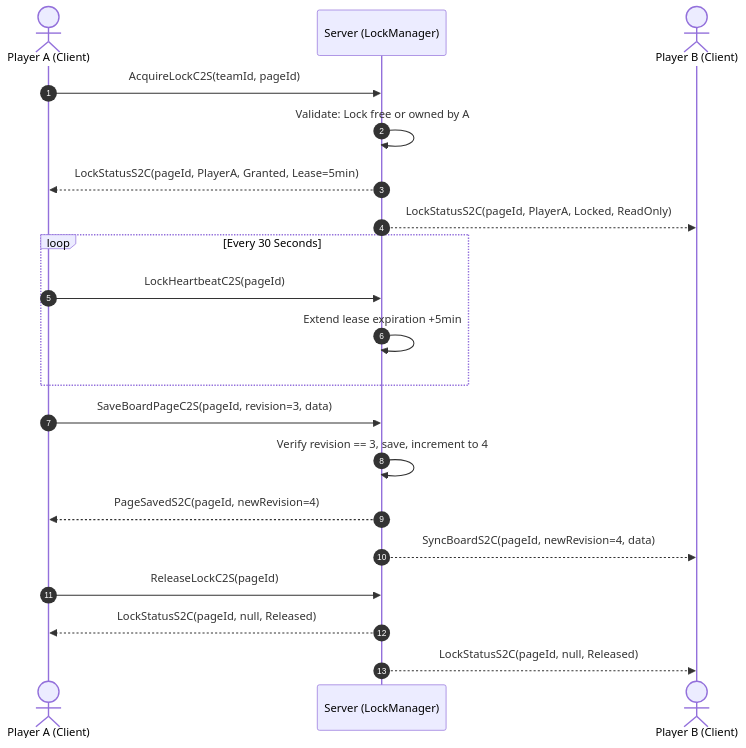
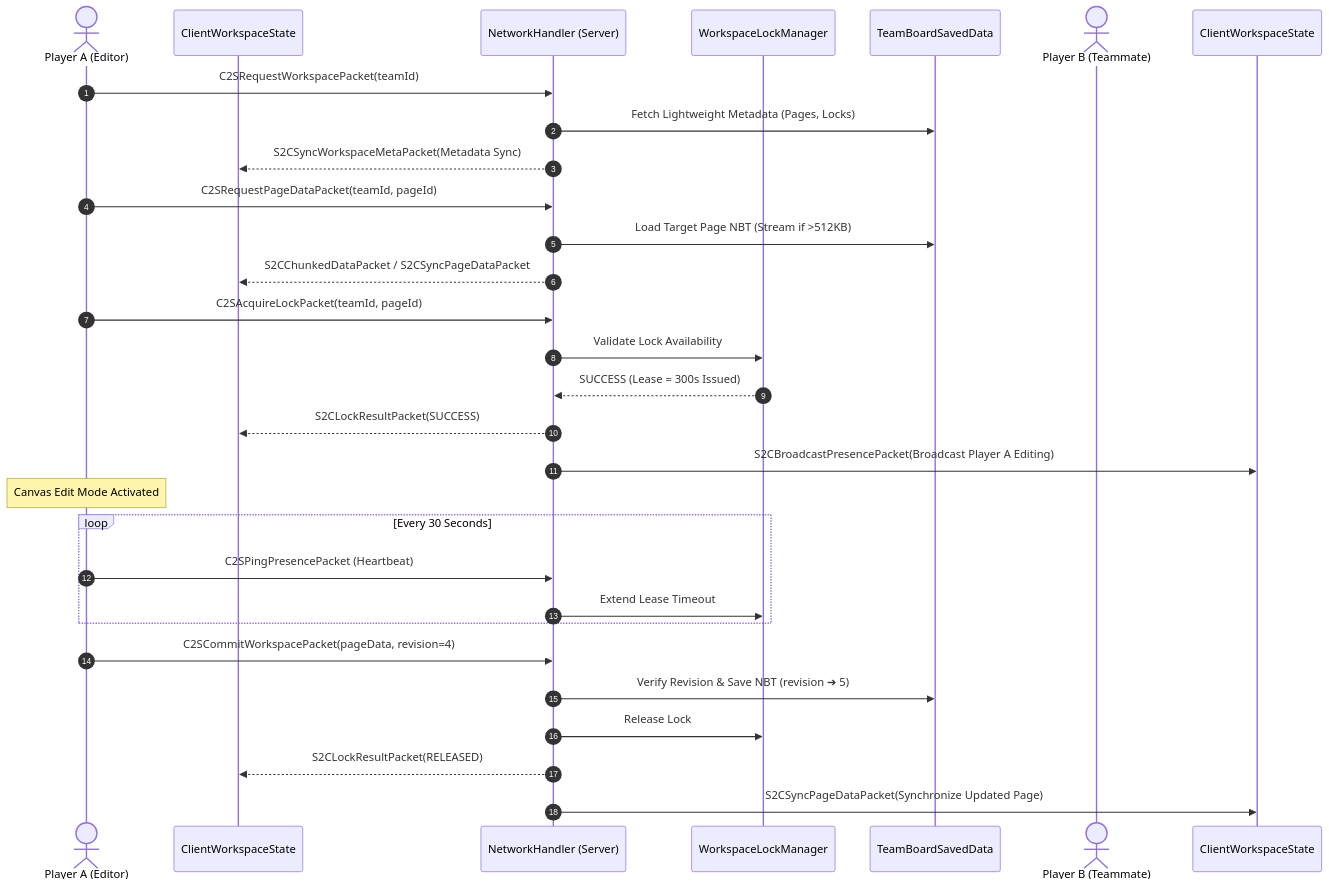
One commit to Amvermain/GregTechCalculatorBoard changed the first of 2 diagrams in docs/en_us/spec/04_MULTIPLAYER_AND_NETWORK_PROTOCOL.md. Above: the diagram before and after it, drawn with Mermaid. The commit also changed other lines of this file and 191 other files, not shown here.

````diff
--- a/docs/en_us/spec/04_MULTIPLAYER_AND_NETWORK_PROTOCOL.md
+++ b/docs/en_us/spec/04_MULTIPLAYER_AND_NETWORK_PROTOCOL.md
@@ -31,26 +12,38 @@
 ```mermaid
 sequenceDiagram
     autonumber
-    actor ClientA as Player A (Client)
-    participant Server as Server (LockManager)
-    actor ClientB as Player B (Client)
+    actor PlayerA as Player A (Editor)
+    participant ClientA as ClientWorkspaceState
+    participant ServerNet as NetworkHandler (Server)
+    participant LockMgr as WorkspaceLockManager
+    participant Storage as TeamBoardSavedData
+    actor PlayerB as Player B (Teammate)
+    participant ClientB as ClientWorkspaceState
 
-    ClientA->>Server: AcquireLockC2S(teamId, pageId)
-    Server->>Server: Validate: Lock free or owned by A
-    Server-->>ClientA: LockStatusS2C(pageId, PlayerA, Granted, Lease=5min)
-    Server-->>ClientB: LockStatusS2C(pageId, PlayerA, Locked, ReadOnly)
+    PlayerA->>ServerNet: C2SRequestWorkspacePacket(teamId)
+    ServerNet->>Storage: Fetch Lightweight Metadata (Pages, Locks)
+    ServerNet-->>ClientA: S2CSyncWorkspaceMetaPacket(Metadata Sync)
+    
+    PlayerA->>ServerNet: C2SRequestPageDataPacket(teamId, pageId)
+    ServerNet->>Storage: Load Target Page NBT (Stream if >512KB)
+    ServerNet-->>ClientA: S2CChunkedDataPacket / S2CSyncPageDataPacket
+    
+    PlayerA->>ServerNet: C2SAcquireLockPacket(teamId, pageId)
+    ServerNet->>LockMgr: Validate Lock Availability
+    LockMgr-->>ServerNet: SUCCESS (Lease = 300s Issued)
+    ServerNet-->>ClientA: S2CLockResultPacket(SUCCESS)
+    ServerNet->>ClientB: S2CBroadcastPresencePacket(Broadcast Player A Editing)
+    
+    Note over PlayerA: Canvas Edit Mode Activated
 
     loop Every 30 Seconds
-        ClientA->>Server: LockHeartbeatC2S(pageId)
-        Server->>Server: Extend lease expiration +5min
+        PlayerA->>ServerNet: C2SPingPresencePacket (Heartbeat)
+        ServerNet->>LockMgr: Extend Lease Timeout
     end
 
-    ClientA->>Server: SaveBoardPageC2S(pageId, revision=3, data)
-    Server->>Server: Verify revision == 3, save, increment to 4
-    Server-->>ClientA: PageSavedS2C(pageId, newRevision=4)
-    Server-->>ClientB: SyncBoardS2C(pageId, newRevision=4, data)
-
-    ClientA->>Server: ReleaseLockC2S(pageId)
-    Server-->>ClientA: LockStatusS2C(pageId, null, Released)
-    Server-->>ClientB: LockStatusS2C(pageId, null, Released)
+    PlayerA->>ServerNet: C2SCommitWorkspacePacket(pageData, revision=4)
+    ServerNet->>Storage: Verify Revision & Save NBT (revision ➔ 5)
+    ServerNet->>LockMgr: Release Lock
+    ServerNet-->>ClientA: S2CLockResultPacket(RELEASED)
+    ServerNet->>ClientB: S2CSyncPageDataPacket(Synchronize Updated Page)
 ```
````
